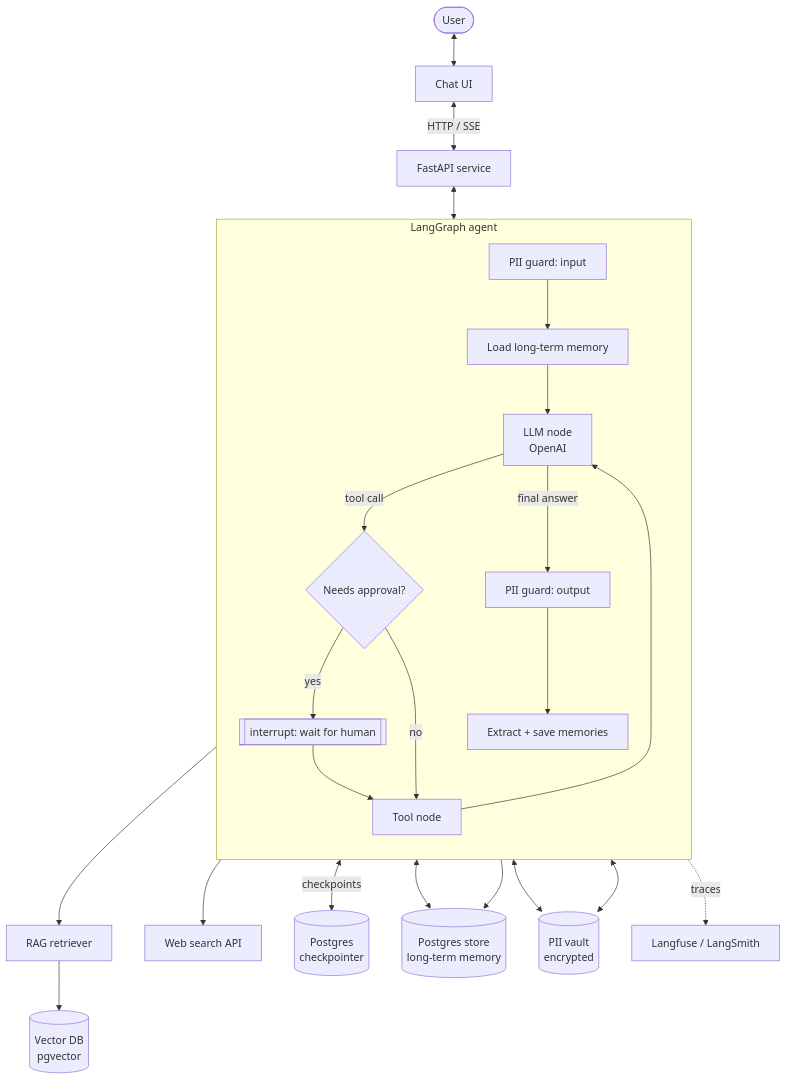
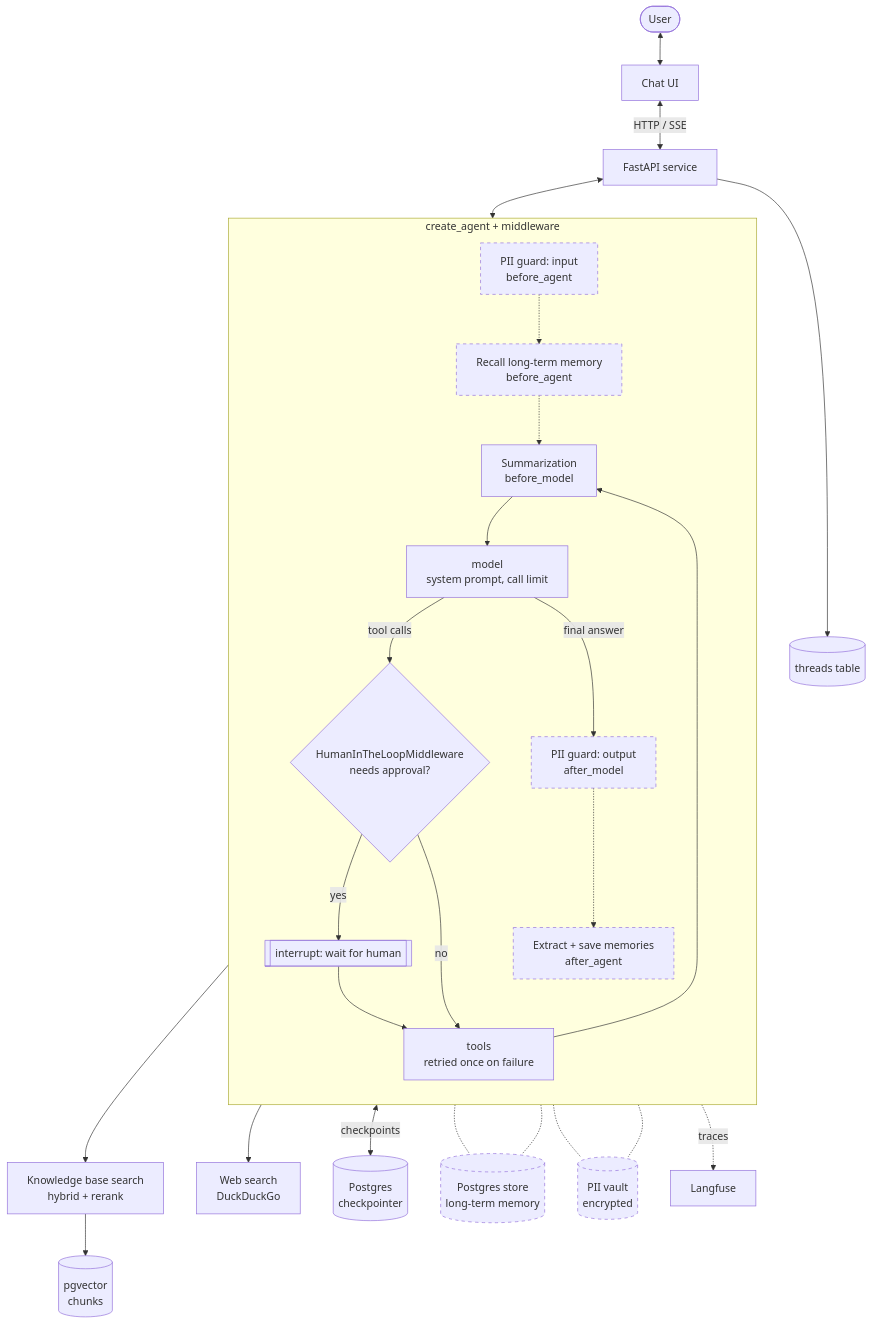
The second of 2 diagrams in docs/README.md (Anirudh1905/agentic-ai-chatbot), drawn with Mermaid before and after one commit. The commit also changed other lines of this file and 37 other files, not shown here.

````diff
--- a/docs/README.md
+++ b/docs/README.md
@@ -40,30 +44,35 @@
 ```mermaid
 flowchart TB
     User([User]) <--> UI[Chat UI]
     UI <-->|HTTP / SSE| API[FastAPI service]
 
-    subgraph Agent["LangGraph agent"]
+    subgraph Agent["create_agent + middleware"]
         direction TB
-        PIIin[PII guard: input] --> LoadMem[Load long-term memory]
-        LoadMem --> LLM[LLM node<br/>OpenAI]
-        LLM -->|tool call| HITL{Needs approval?}
+        PIIin[PII guard: input<br/>before_agent] -.-> LoadMem[Recall long-term memory<br/>before_agent]
+        LoadMem -.-> Sum[Summarization<br/>before_model]
+        Sum --> LLM[model<br/>system prompt, call limit]
+        LLM -->|tool calls| HITL{HumanInTheLoopMiddleware<br/>needs approval?}
         HITL -->|yes| Interrupt[[interrupt: wait for human]]
         Interrupt --> Tools
-        HITL -->|no| Tools[Tool node]
-        Tools --> LLM
-        LLM -->|final answer| PIIout[PII guard: output]
-        PIIout --> SaveMem[Extract + save memories]
+        HITL -->|no| Tools[tools<br/>retried once on failure]
+        Tools --> Sum
+        LLM -->|final answer| PIIout[PII guard: output<br/>after_model]
+        PIIout -.-> SaveMem[Extract + save memories<br/>after_agent]
     end
 
     API <--> Agent
 
-    Tools --> RAG[RAG retriever]
-    Tools --> Web[Web search API]
-    RAG --> VDB[(Vector DB<br/>pgvector)]
+    Tools --> RAG[Knowledge base search<br/>hybrid + rerank]
+    Tools --> Web[Web search<br/>DuckDuckGo]
+    RAG --> VDB[(pgvector<br/>chunks)]
     Agent <-->|checkpoints| CP[(Postgres<br/>checkpointer)]
-    LoadMem <--> LTM[(Postgres store<br/>long-term memory)]
-    SaveMem --> LTM
-    PIIin <--> Vault[(PII vault<br/>encrypted)]
-    PIIout <--> Vault
-    Agent -.traces.-> Obs[Langfuse / LangSmith]
+    LoadMem -.- LTM[(Postgres store<br/>long-term memory)]
+    SaveMem -.- LTM
+    PIIin -.- Vault[(PII vault<br/>encrypted)]
+    PIIout -.- Vault
+    Agent -.traces.-> Obs[Langfuse]
+    API --> Threads[(threads table)]
+
+    classDef planned stroke-dasharray: 5 5
+    class PIIin,LoadMem,PIIout,SaveMem,LTM,Vault planned
 ```
````
